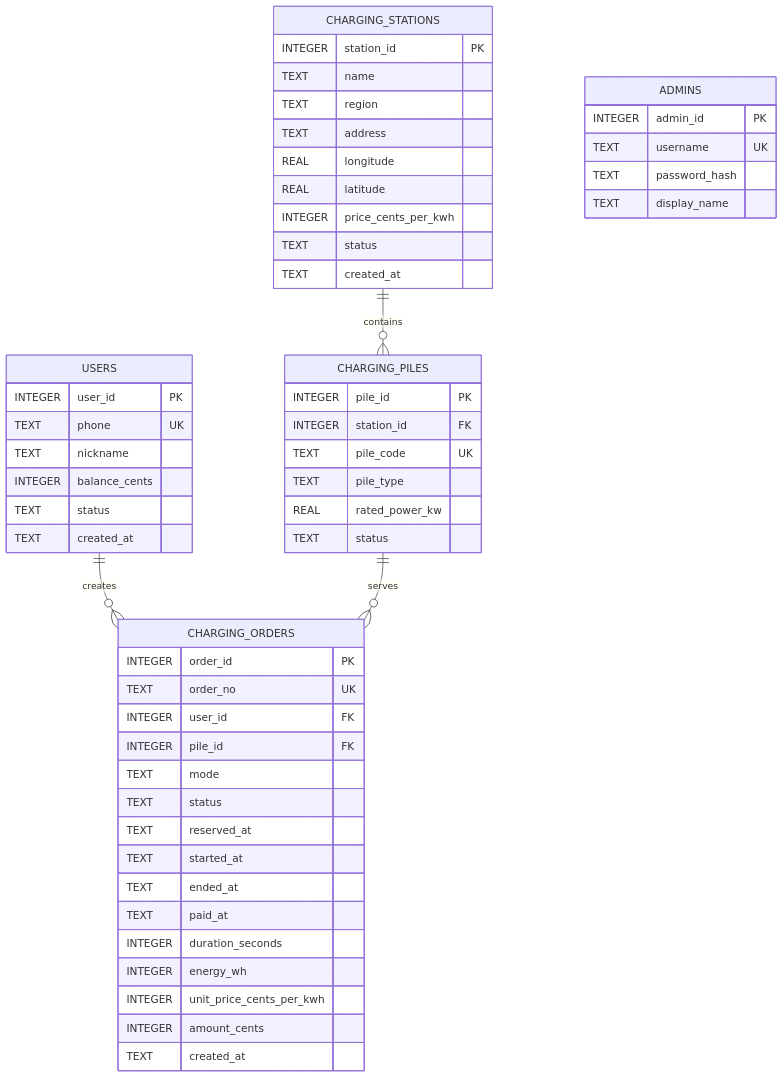
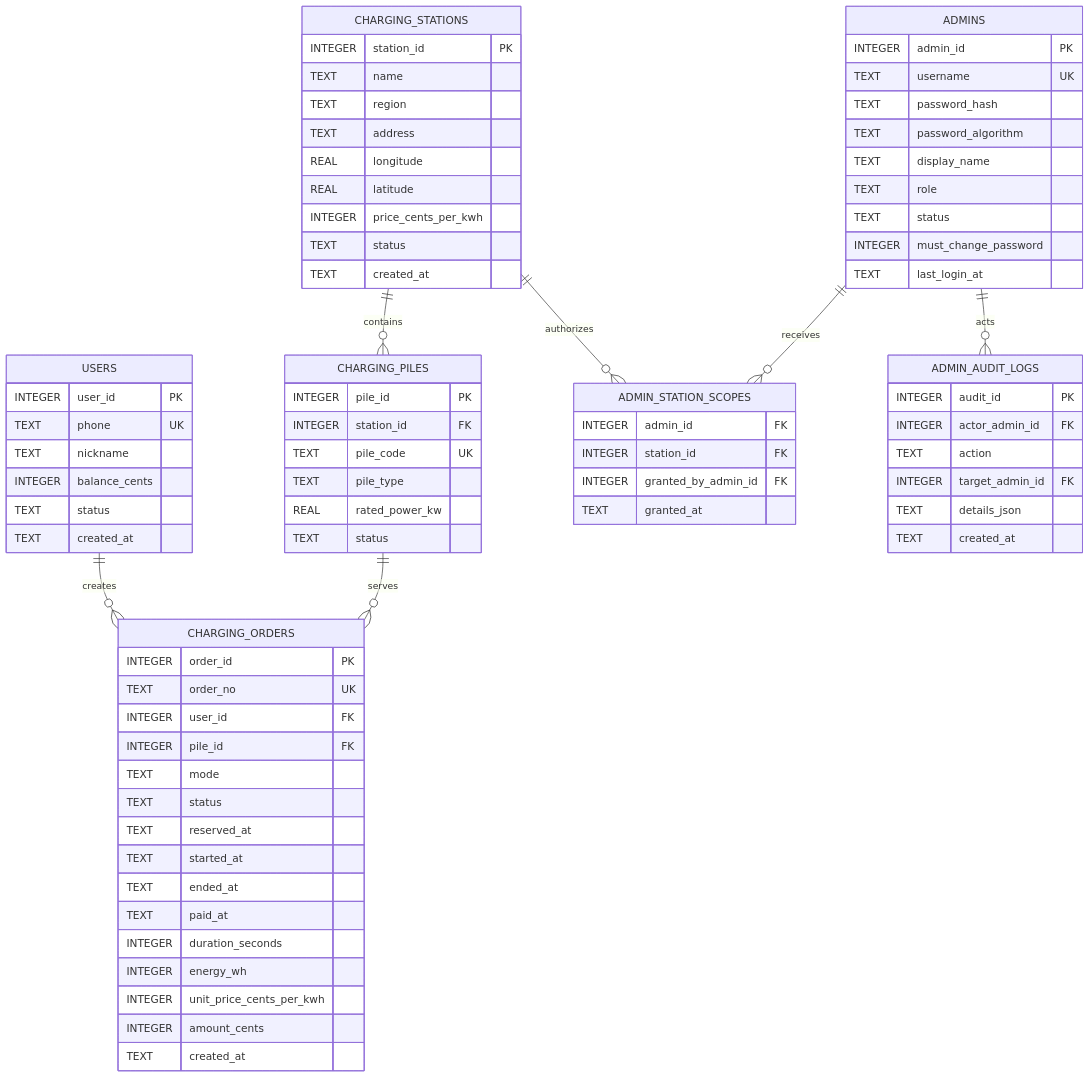
One commit to panzhixin0650-droid/BIT_2026_CS changed the diagram in docs/design/demo-database-design.md. Above: the diagram before and after it, drawn with Mermaid. The commit also changed other lines of this file and 31 other files, not shown here.

````diff
--- a/docs/design/demo-database-design.md
+++ b/docs/design/demo-database-design.md
@@ -100,57 +103,79 @@
 ```mermaid
 erDiagram
     USERS ||--o{ CHARGING_ORDERS : creates
     CHARGING_STATIONS ||--o{ CHARGING_PILES : contains
     CHARGING_PILES ||--o{ CHARGING_ORDERS : serves
+    ADMINS ||--o{ ADMIN_STATION_SCOPES : receives
+    CHARGING_STATIONS ||--o{ ADMIN_STATION_SCOPES : authorizes
+    ADMINS ||--o{ ADMIN_AUDIT_LOGS : acts
 
     USERS {
         INTEGER user_id PK
         TEXT phone UK
         TEXT nickname
         INTEGER balance_cents
         TEXT status
         TEXT created_at
     }
     ADMINS {
         INTEGER admin_id PK
         TEXT username UK
         TEXT password_hash
+        TEXT password_algorithm
         TEXT display_name
+        TEXT role
+        TEXT status
+        INTEGER must_change_password
+        TEXT last_login_at
+    }
+    ADMIN_STATION_SCOPES {
+        INTEGER admin_id FK
+        INTEGER station_id FK
+        INTEGER granted_by_admin_id FK
+        TEXT granted_at
+    }
+    ADMIN_AUDIT_LOGS {
+        INTEGER audit_id PK
+        INTEGER actor_admin_id FK
+        TEXT action
+        INTEGER target_admin_id FK
+        TEXT details_json
+        TEXT created_at
     }
     CHARGING_STATIONS {
         INTEGER station_id PK
         TEXT name
         TEXT region
         TEXT address
         REAL longitude
         REAL latitude
         INTEGER price_cents_per_kwh
         TEXT status
         TEXT created_at
     }
     CHARGING_PILES {
         INTEGER pile_id PK
         INTEGER station_id FK
         TEXT pile_code UK
         TEXT pile_type
         REAL rated_power_kw
         TEXT status
     }
     CHARGING_ORDERS {
         INTEGER order_id PK
         TEXT order_no UK
         INTEGER user_id FK
         INTEGER pile_id FK
         TEXT mode
         TEXT status
         TEXT reserved_at
         TEXT started_at
         TEXT ended_at
         TEXT paid_at
         INTEGER duration_seconds
         INTEGER energy_wh
         INTEGER unit_price_cents_per_kwh
         INTEGER amount_cents
         TEXT created_at
     }
 ```
````
